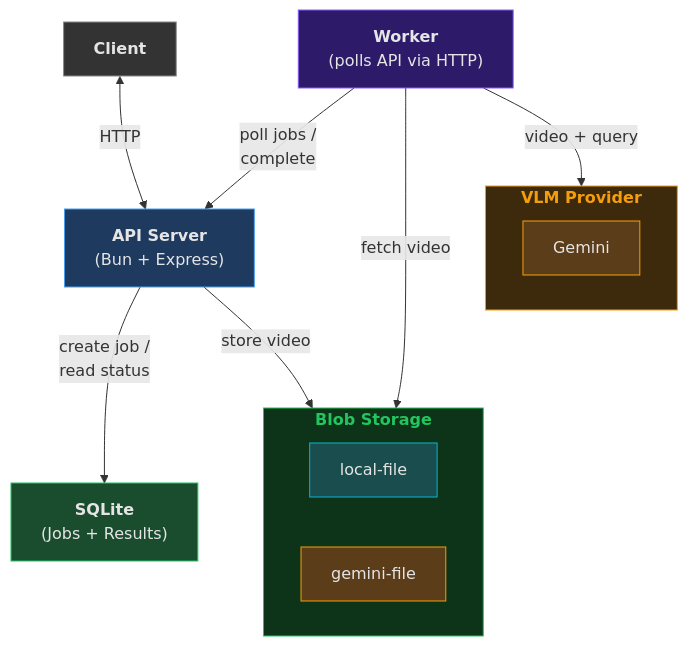
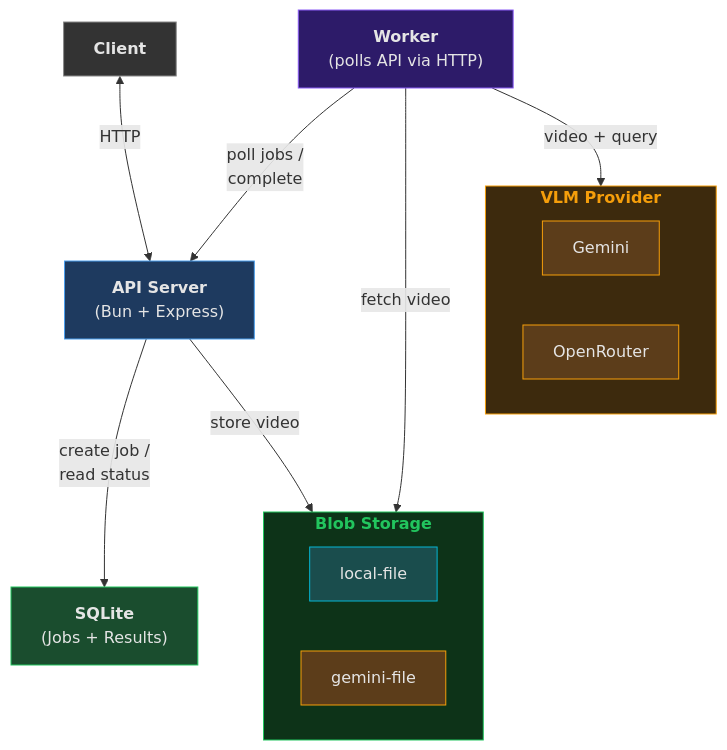
One commit to jlui17/VLMPrototype changed the diagram in README.md. Above: the diagram before and after it, drawn with Mermaid. The commit also changed other lines of this file, not shown here.

Commit message:
Update README with OpenRouter in architecture diagram, components, and tech stack

````diff
--- a/README.md
+++ b/README.md
@@ -7,35 +7,37 @@
 ```mermaid
 graph TB
     Client["<b>Client</b>"]
     API["<b>API Server</b><br/>(Bun + Express)"]
 
     subgraph storage["<b>Blob Storage</b>"]
         LF["local-file"]
         GF["gemini-file"]
     end
 
     DB["<b>SQLite</b><br/>(Jobs + Results)"]
 
     subgraph vlm["<b>VLM Provider</b>"]
         Gemini["Gemini"]
+        OR["OpenRouter"]
     end
 
     Worker["<b>Worker</b><br/>(polls API via HTTP)"]
 
     Client <-->|"HTTP"| API
     API -->|"store video"| storage
     API -->|"create job /<br/>read status"| DB
     Worker -->|"poll jobs /<br/>complete"| API
     Worker -->|"fetch video"| storage
     Worker -->|"video + query"| vlm
 
     style Client fill:#333,stroke:#888,color:#e5e5e5
     style API fill:#1e3a5f,stroke:#4a9eed,color:#e5e5e5
     style DB fill:#1a4d2e,stroke:#22c55e,color:#e5e5e5
     style storage fill:#0d3318,stroke:#22c55e,color:#22c55e
     style LF fill:#1a4d4d,stroke:#06b6d4,color:#e5e5e5
     style GF fill:#5c3d1a,stroke:#f59e0b,color:#e5e5e5
     style vlm fill:#3d2a0d,stroke:#f59e0b,color:#f59e0b
     style Gemini fill:#5c3d1a,stroke:#f59e0b,color:#e5e5e5
+    style OR fill:#5c3d1a,stroke:#f59e0b,color:#e5e5e5
     style Worker fill:#2d1b69,stroke:#8b5cf6,color:#e5e5e5
 ```
````
